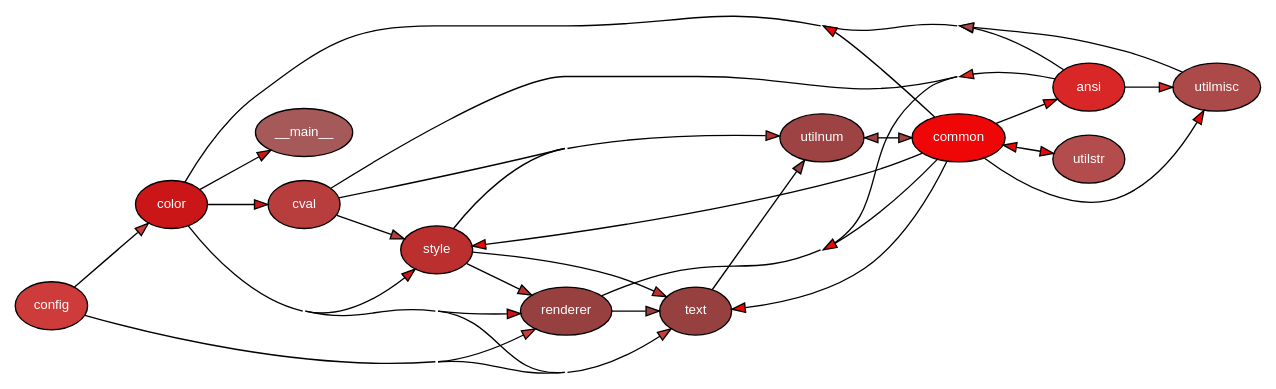
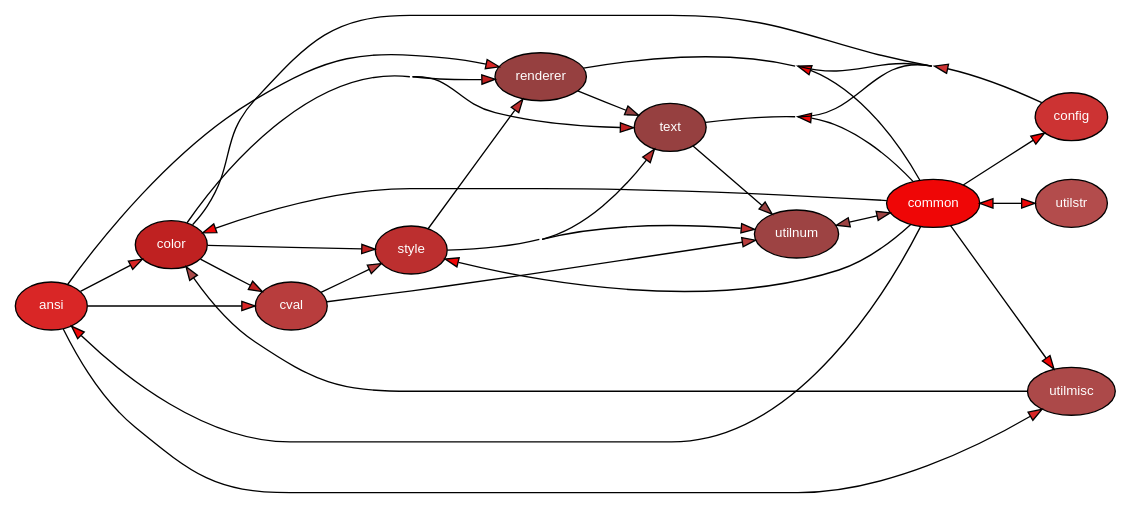
Before and after one commit to delameter/pytermor: the diagram in docs/_generated/module.dot, drawn with Graphviz. The commit also changed 10 other files, not shown here.

```diff
--- a/docs/_generated/module.dot
+++ b/docs/_generated/module.dot
@@ -1,50 +1,49 @@
 
 digraph G {
     concentrate = true;
 
     rankdir = LR;
     node [style=filled,fillcolor="#ffffff",fontcolor="#000000",fontname=Helvetica,fontsize=10];
 
-    pytermor___main__ [fillcolor="#a65959",fontcolor="#ffffff",label="__main__"];
     pytermor_ansi [fillcolor="#d92626",fontcolor="#ffffff",label="ansi"];
-    pytermor_color [fillcolor="#ca1616",fontcolor="#ffffff",label="color"];
+    pytermor_color [fillcolor="#bf2121",fontcolor="#ffffff",label="color"];
     pytermor_common [fillcolor="#ef0606",fontcolor="#ffffff",label="common"];
-    pytermor_config [fillcolor="#ce3b3b",fontcolor="#ffffff",label="config"];
+    pytermor_config [fillcolor="#cc3333",fontcolor="#ffffff",label="config"];
     pytermor_cval [fillcolor="#b83d3d",fontcolor="#ffffff",label="cval"];
     pytermor_renderer [fillcolor="#964040",fontcolor="#ffffff",label="renderer"];
     pytermor_style [fillcolor="#bc2f2f",fontcolor="#ffffff",label="style"];
     pytermor_text [fillcolor="#964040",fontcolor="#ffffff",label="text"];
     pytermor_utilmisc [fillcolor="#ac4949",fontcolor="#ffffff",label="utilmisc"];
     pytermor_utilnum [fillcolor="#9d4343",fontcolor="#ffffff",label="utilnum"];
     pytermor_utilstr [fillcolor="#b34c4c",fontcolor="#ffffff",label="utilstr"];
     pytermor_ansi -> pytermor_color [fillcolor="#d92626"];
     pytermor_ansi -> pytermor_cval [fillcolor="#d92626"];
     pytermor_ansi -> pytermor_renderer [fillcolor="#d92626"];
     pytermor_ansi -> pytermor_utilmisc [fillcolor="#d92626"];
-    pytermor_color -> pytermor___main__ [fillcolor="#ca1616"];
-    pytermor_color -> pytermor_cval [fillcolor="#ca1616"];
-    pytermor_color -> pytermor_renderer [fillcolor="#ca1616"];
-    pytermor_color -> pytermor_style [fillcolor="#ca1616"];
-    pytermor_color -> pytermor_text [fillcolor="#ca1616"];
+    pytermor_color -> pytermor_cval [fillcolor="#bf2121"];
+    pytermor_color -> pytermor_renderer [fillcolor="#bf2121"];
+    pytermor_color -> pytermor_style [fillcolor="#bf2121"];
+    pytermor_color -> pytermor_text [fillcolor="#bf2121"];
     pytermor_common -> pytermor_ansi [fillcolor="#ef0606"];
     pytermor_common -> pytermor_color [fillcolor="#ef0606"];
+    pytermor_common -> pytermor_config [fillcolor="#ef0606"];
     pytermor_common -> pytermor_renderer [fillcolor="#ef0606"];
     pytermor_common -> pytermor_style [fillcolor="#ef0606"];
     pytermor_common -> pytermor_text [fillcolor="#ef0606"];
     pytermor_common -> pytermor_utilmisc [fillcolor="#ef0606"];
     pytermor_common -> pytermor_utilnum [fillcolor="#ef0606"];
     pytermor_common -> pytermor_utilstr [fillcolor="#ef0606"];
-    pytermor_config -> pytermor_color [fillcolor="#ce3b3b"];
-    pytermor_config -> pytermor_renderer [fillcolor="#ce3b3b"];
-    pytermor_config -> pytermor_text [fillcolor="#ce3b3b"];
+    pytermor_config -> pytermor_color [fillcolor="#cc3333"];
+    pytermor_config -> pytermor_renderer [fillcolor="#cc3333"];
+    pytermor_config -> pytermor_text [fillcolor="#cc3333"];
     pytermor_cval -> pytermor_style [fillcolor="#b83d3d"];
     pytermor_cval -> pytermor_utilnum [fillcolor="#b83d3d"];
     pytermor_renderer -> pytermor_text [fillcolor="#964040"];
     pytermor_style -> pytermor_renderer [fillcolor="#bc2f2f"];
     pytermor_style -> pytermor_text [fillcolor="#bc2f2f"];
     pytermor_style -> pytermor_utilnum [fillcolor="#bc2f2f"];
     pytermor_text -> pytermor_utilnum [fillcolor="#964040"];
     pytermor_utilmisc -> pytermor_color [fillcolor="#ac4949"];
     pytermor_utilnum -> pytermor_common [fillcolor="#9d4343"];
     pytermor_utilstr -> pytermor_common [fillcolor="#b34c4c"];
 }
```
